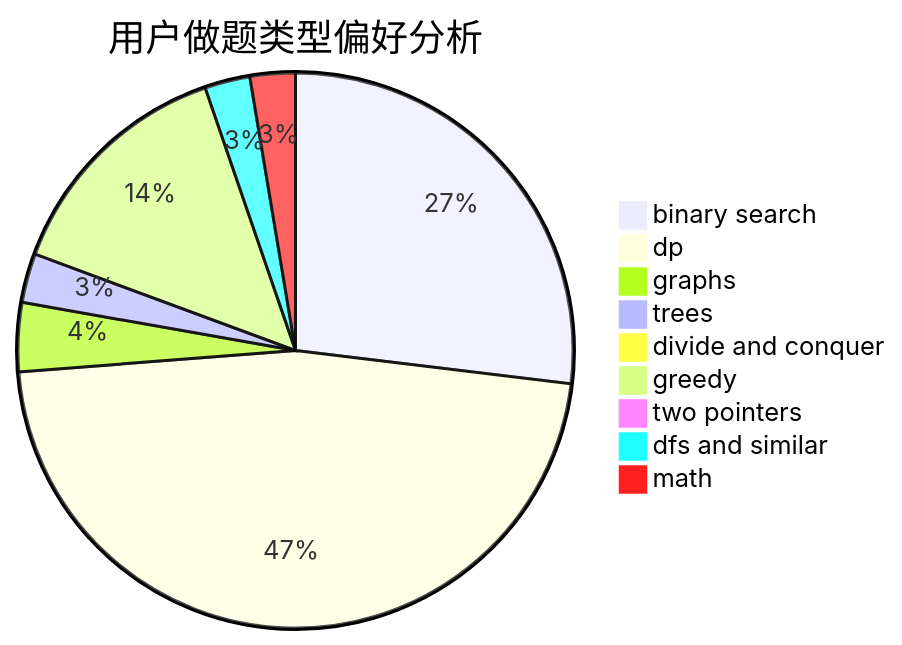
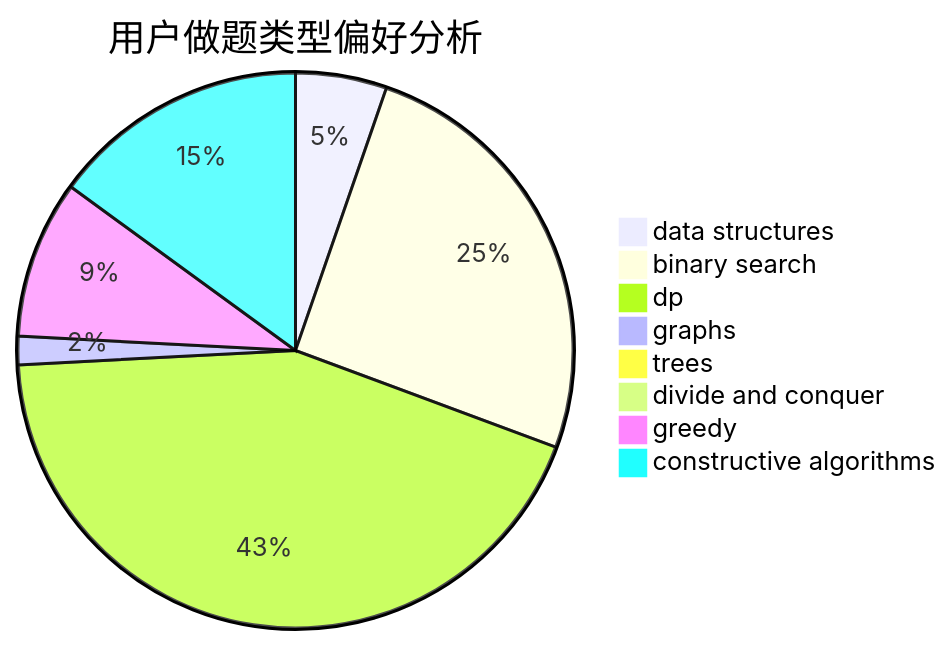
Before and after one commit to sherpahu/cfrs.github.io: the second of 3 diagrams in docs/user/u2277.md, drawn with Mermaid. The commit also changed other lines of this file and 2775 other files, not shown here.

````diff
--- a/docs/user/u2277.md
+++ b/docs/user/u2277.md
@@ -23,12 +23,11 @@
 ```mermaid
 pie title 用户做题类型偏好分析
-    "binary search" :  235
-    "dp" :  409
-    "graphs" :  35
-    "trees" :  25
-    "divide and conquer" :  2
-    "greedy" :  123
-    "two pointers" :  3
-    "dfs and similar" :  23
-    "math" :  23
+    "data structures" :  45
+    "binary search" :  215
+    "dp" :  369
+    "graphs" :  14
+    "trees" :  5
+    "divide and conquer" :  0
+    "greedy" :  78
+    "constructive algorithms" :  127
 ```
````
